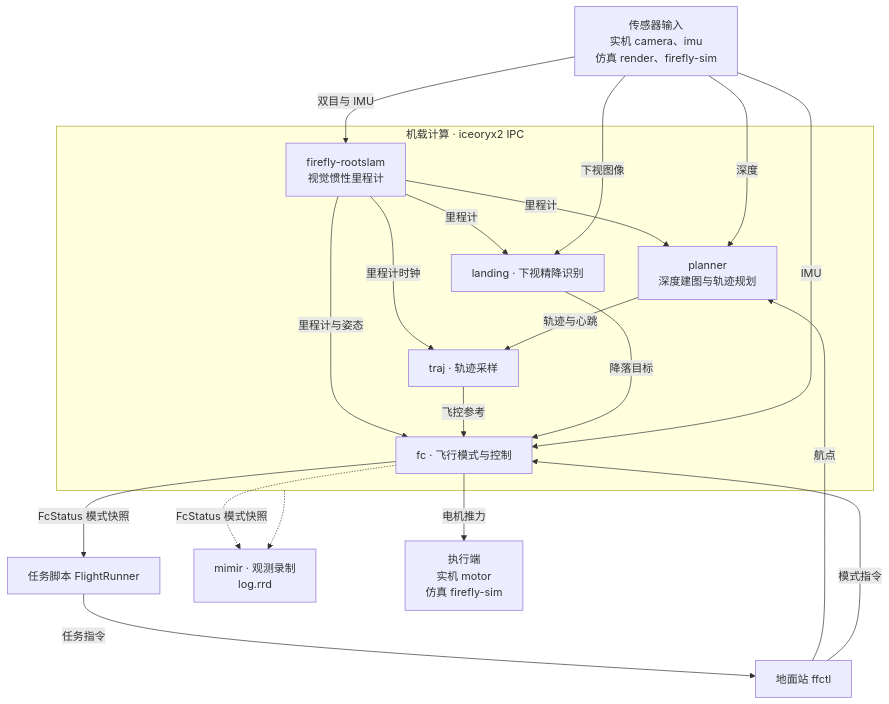
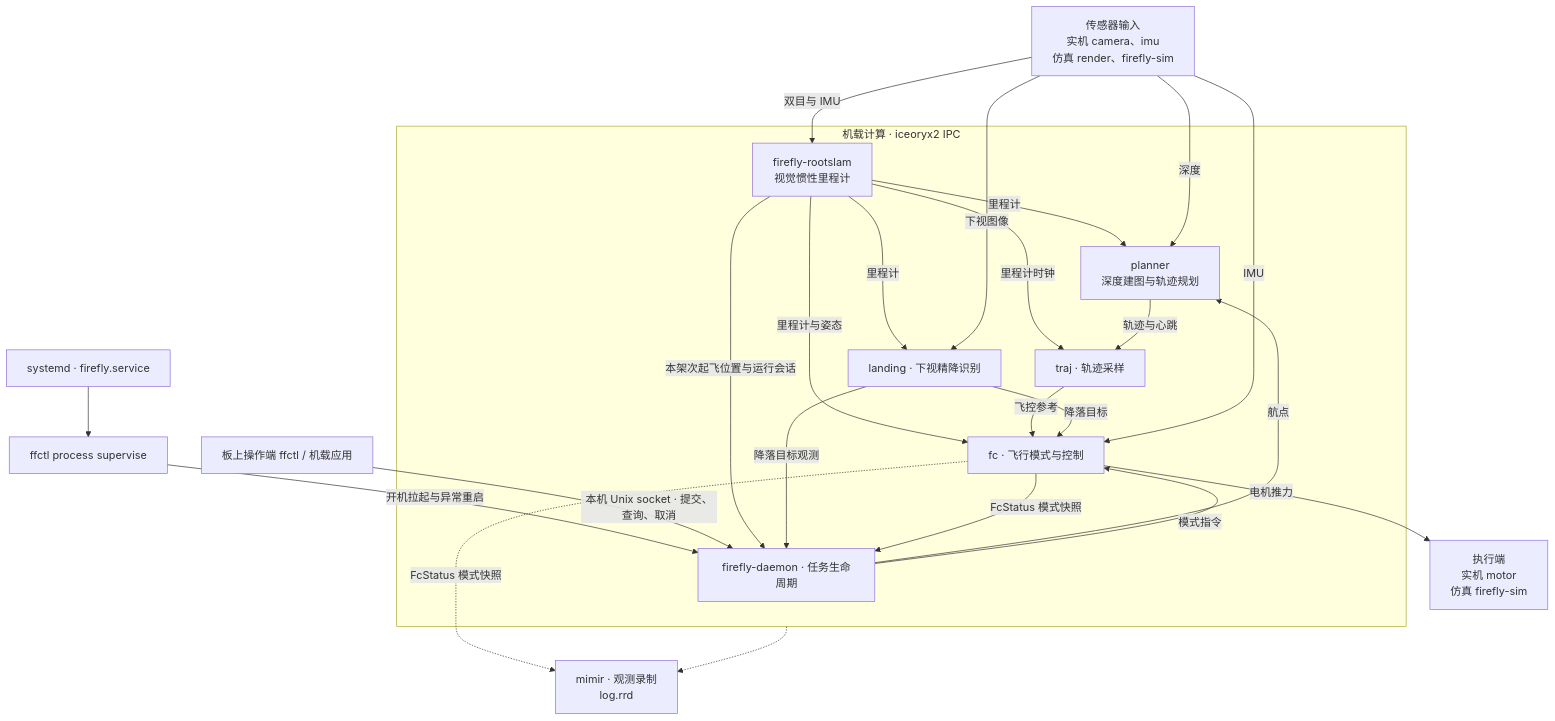
One commit to 3SE-Competitive-Robotics-Team/firefly changed the first of 2 diagrams in docs/architecture.md. Above: the diagram before and after it, drawn with Mermaid. The commit also changed other lines of this file and 40 other files, not shown here.

````diff
--- a/docs/architecture.md
+++ b/docs/architecture.md
@@ -3,41 +3,47 @@
 ```mermaid
 flowchart TB
     sensors["`传感器输入
 实机 camera、imu
 仿真 render、firefly-sim`"]
-    operator["地面站 ffctl"]
-    task["任务脚本 FlightRunner"]
+    operator["板上操作端 ffctl / 机载应用"]
+    init["systemd · firefly.service"]
+    supervisor["ffctl process supervise"]
 
     subgraph flight["机载计算 · iceoryx2 IPC"]
+        task["firefly-daemon · 任务生命周期"]
         vio["`firefly-rootslam
 视觉惯性里程计`"]
         landing["landing · 下视精降识别"]
         planner["`planner
 深度建图与轨迹规划`"]
         traj["traj · 轨迹采样"]
         fc["fc · 飞行模式与控制"]
 
         vio -->|里程计| planner
         vio -->|里程计| landing
         vio -->|里程计时钟| traj
         vio -->|里程计与姿态| fc
         planner -->|轨迹与心跳| traj
         traj -->|飞控参考| fc
         landing -->|降落目标| fc
     end
 
     sensors -->|双目与 IMU| vio
     sensors -->|深度| planner
     sensors -->|下视图像| landing
     sensors -->|IMU| fc
-    operator -->|航点| planner
-    task -->|任务指令| operator
+    init --> supervisor
+    supervisor -->|开机拉起与异常重启| task
+    operator -->|本机 Unix socket · 提交、查询、取消| task
+    task -->|航点| planner
+    vio -->|本架次起飞位置与运行会话| task
+    landing -->|降落目标观测| task
     fc -->|FcStatus 模式快照| task
     fc -.->|FcStatus 模式快照| mimir
-    operator -->|模式指令| fc
+    task -->|模式指令| fc
     fc -->|电机推力| actuators["`执行端
 实机 motor
 仿真 firefly-sim`"]
     flight -.-> mimir["`mimir · 观测录制
 log.rrd`"]
 ```
````
